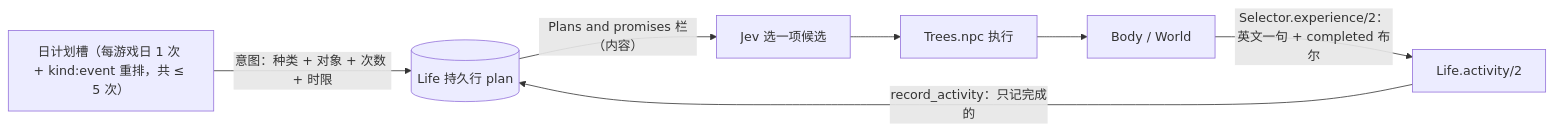
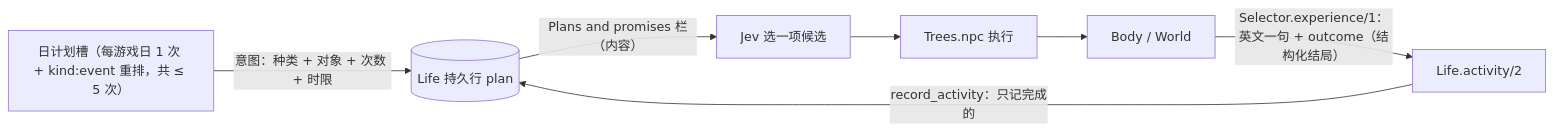
Before and after one commit to dyzdyz010/ex_mmo_cluster: the first of 3 diagrams in docs/10-active/cross-cutting/2026-11-19-npc-long-task-loop-decision.md, drawn with Mermaid. The commit also changed other lines of this file and 7 other files, not shown here.

````diff
--- a/docs/10-active/cross-cutting/2026-11-19-npc-long-task-loop-decision.md
+++ b/docs/10-active/cross-cutting/2026-11-19-npc-long-task-loop-decision.md
@@ -27,8 +27,8 @@
 ```mermaid
 flowchart LR
   R["日计划槽（每游戏日 1 次 + kind:event 重排，共 ≤ 5 次）"] -->|"意图：种类 + 对象 + 次数 + 时限"| P[("Life 持久行 plan")]
   P -->|Plans and promises 栏（内容）| J[Jev 选一项候选]
   J --> T[Trees.npc 执行] --> W[Body / World]
-  W -->|"Selector.experience/2：英文一句 + completed 布尔"| L[Life.activity/2]
+  W -->|"Selector.experience/1：英文一句 + outcome（结构化结局）"| L[Life.activity/2]
   L -->|"record_activity：只记完成的"| P
 ```
````
